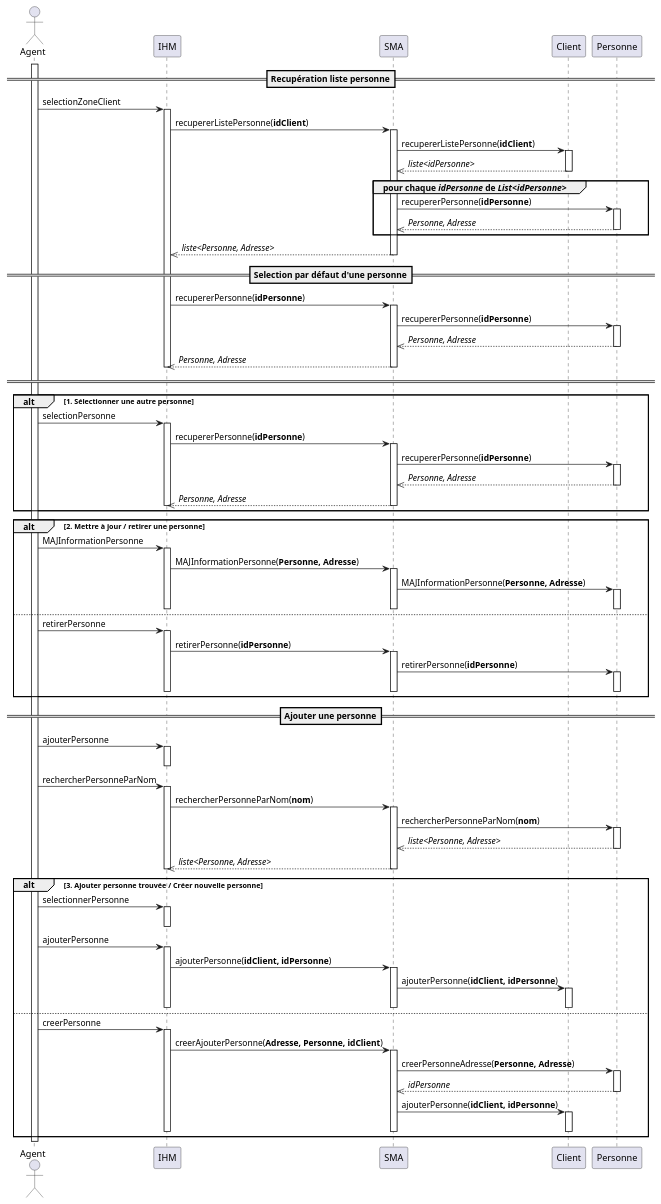
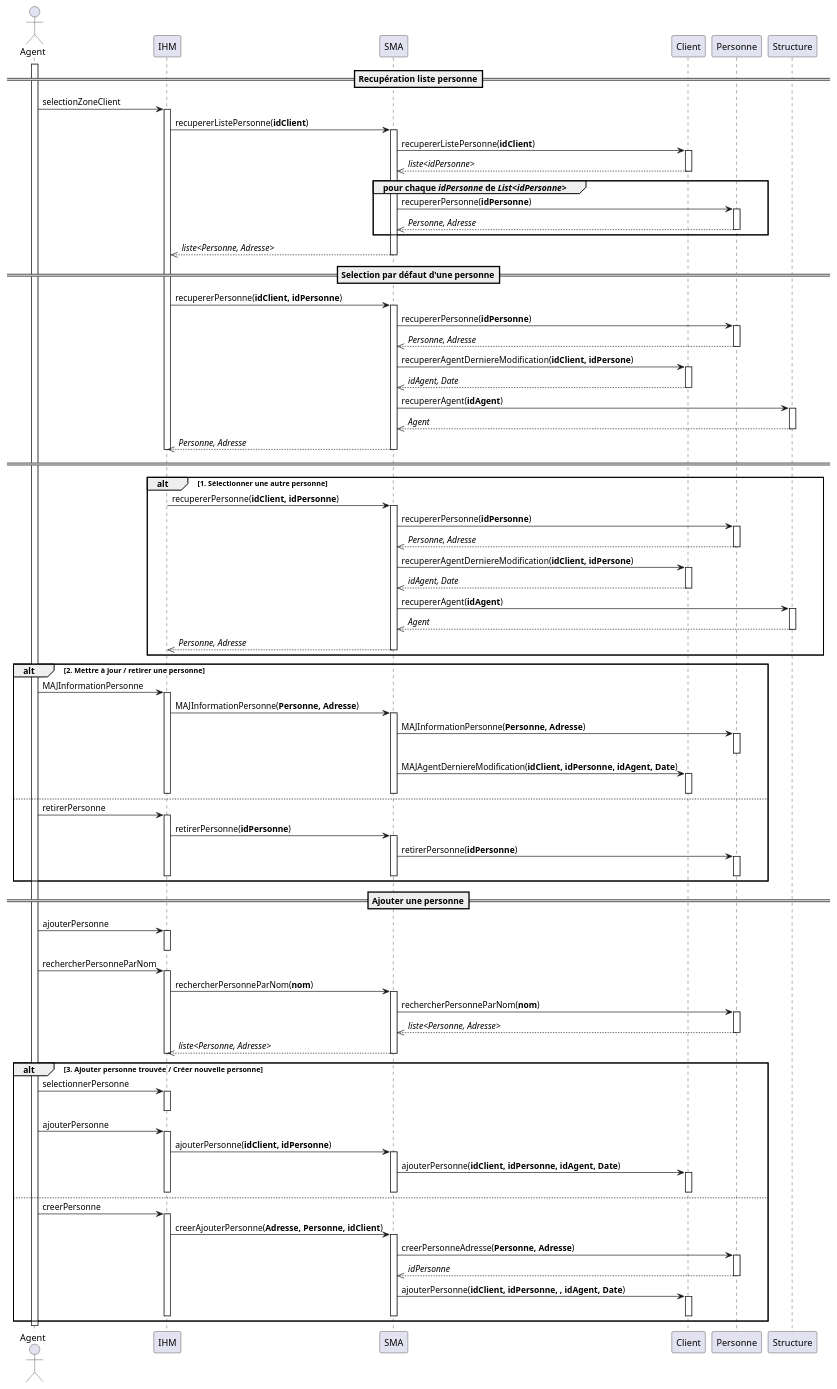
The diagram in CU002 - Gestion du client (Zone Client)/DSD002.puml (if-h4102/pld-mars), drawn with PlantUML before and after one commit.

Commit message:
Ajout derniere modification dans DSD2

```diff
--- a/CU002 - Gestion du client (Zone Client)/DSD002.puml
+++ b/CU002 - Gestion du client (Zone Client)/DSD002.puml
@@ -1,122 +1,140 @@
 @startuml
 actor Agent
 participant IHM as ihm
 participant SMA as sma
 participant Client
 participant Personne
+participant Structure
 
 ==Recupération liste personne==
 activate Agent
 Agent -> ihm : selectionZoneClient
 activate ihm
 ihm -> sma : recupererListePersonne(**idClient**)
 activate sma
 sma -> Client : recupererListePersonne(**idClient**)
 activate Client
 Client -->> sma : //liste<idPersonne>//
 deactivate Client
 group pour chaque //idPersonne// de //List<idPersonne>//
     sma -> Personne : recupererPersonne(**idPersonne**)
     activate Personne
     Personne -->> sma : //Personne, Adresse//
     deactivate Personne
 end
 sma -->> ihm : //liste<Personne, Adresse>//
 deactivate sma
 
 ==Selection par défaut d'une personne==
-ihm -> sma : recupererPersonne(**idPersonne**)
+ihm -> sma : recupererPersonne(**idClient, idPersonne**)
 activate sma
 sma -> Personne : recupererPersonne(**idPersonne**)
 activate Personne
 Personne -->> sma : //Personne, Adresse//
 deactivate Personne
+sma -> Client : recupererAgentDerniereModification(**idClient, idPersone**)
+activate Client
+Client -->> sma : //idAgent, Date//
+deactivate Client
+sma -> Structure : recupererAgent(**idAgent**)
+activate Structure
+Structure -->> sma : //Agent//
+deactivate Structure
 sma -->> ihm : //Personne, Adresse//
 deactivate sma
 deactivate ihm
 ====
 
 alt 1. Sélectionner une autre personne
-    Agent -> ihm : selectionPersonne
-    activate ihm
-    ihm -> sma : recupererPersonne(**idPersonne**)
+    ihm -> sma : recupererPersonne(**idClient, idPersonne**)
     activate sma
     sma -> Personne : recupererPersonne(**idPersonne**)
     activate Personne
     Personne -->> sma : //Personne, Adresse//
     deactivate Personne
+    sma -> Client : recupererAgentDerniereModification(**idClient, idPersone**)
+    activate Client
+    Client -->> sma : //idAgent, Date//
+    deactivate Client
+    sma -> Structure : recupererAgent(**idAgent**)
+    activate Structure
+    Structure -->> sma : //Agent//
+    deactivate Structure
     sma -->> ihm : //Personne, Adresse//
     deactivate sma
     deactivate ihm
 end
 
 alt 2. Mettre à jour / retirer une personne 
     Agent -> ihm : MAJInformationPersonne
     activate ihm
     ihm -> sma : MAJInformationPersonne(**Personne, Adresse**)
     activate sma
     sma -> Personne : MAJInformationPersonne(**Personne, Adresse**)
     activate Personne
     deactivate Personne
+    sma -> Client : MAJAgentDerniereModification(**idClient, idPersonne, idAgent, Date**)
+    activate Client
+    deactivate Client
     deactivate sma
     deactivate ihm
 else
     Agent -> ihm : retirerPersonne
     activate ihm
     ihm -> sma : retirerPersonne(**idPersonne**)
     activate sma
     sma -> Personne : retirerPersonne(**idPersonne**)
     activate Personne
     deactivate Personne
     deactivate sma
     deactivate ihm
 end
 
 ==Ajouter une personne==
 Agent -> ihm : ajouterPersonne
 activate ihm
 deactivate ihm
 
 Agent -> ihm : rechercherPersonneParNom
 activate ihm
 ihm -> sma : rechercherPersonneParNom(**nom**)
 activate sma
 sma -> Personne : rechercherPersonneParNom(**nom**)
 activate Personne
 Personne -->> sma : //liste<Personne, Adresse>//
 deactivate Personne
 sma -->> ihm : //liste<Personne, Adresse>//
 deactivate sma
 deactivate ihm
 
 alt 3. Ajouter personne trouvée / Créer nouvelle personne
     Agent -> ihm : selectionnerPersonne
     activate ihm
     deactivate ihm
     Agent -> ihm : ajouterPersonne
     activate ihm
     ihm -> sma : ajouterPersonne(**idClient, idPersonne**)
     activate sma
-    sma -> Client : ajouterPersonne(**idClient, idPersonne**)
+    sma -> Client : ajouterPersonne(**idClient, idPersonne, idAgent, Date**)
     activate Client
     deactivate Client
     deactivate sma
     deactivate ihm
 else
     Agent -> ihm : creerPersonne
     activate ihm
     ihm -> sma : creerAjouterPersonne(**Adresse, Personne, idClient**)
     activate sma
     sma -> Personne : creerPersonneAdresse(**Personne, Adresse**)
     activate Personne
     Personne -->> sma : //idPersonne//
     deactivate Personne
-    sma -> Client : ajouterPersonne(**idClient, idPersonne**)
+    sma -> Client : ajouterPersonne(**idClient, idPersonne, , idAgent, Date**)
     activate Client
     deactivate Client
     deactivate sma
     deactivate ihm
 end
 
 deactivate Agent
 @enduml
```
